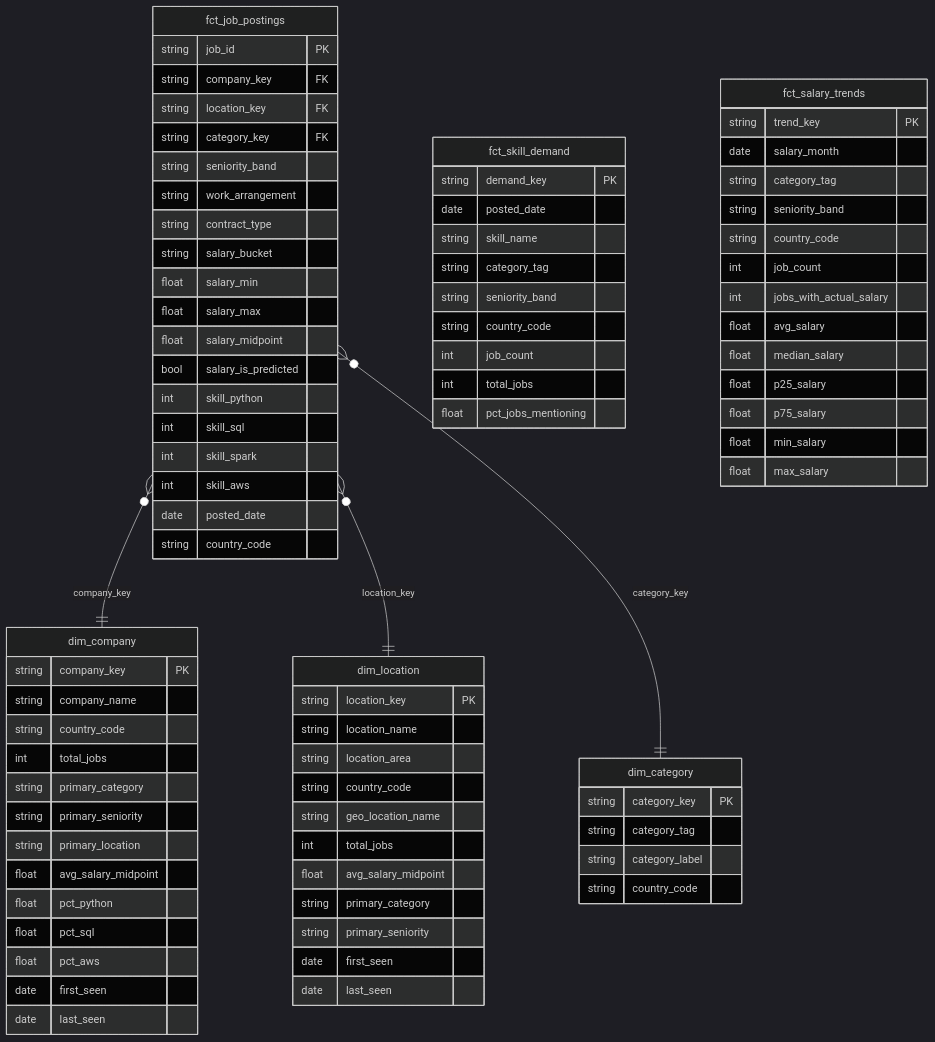
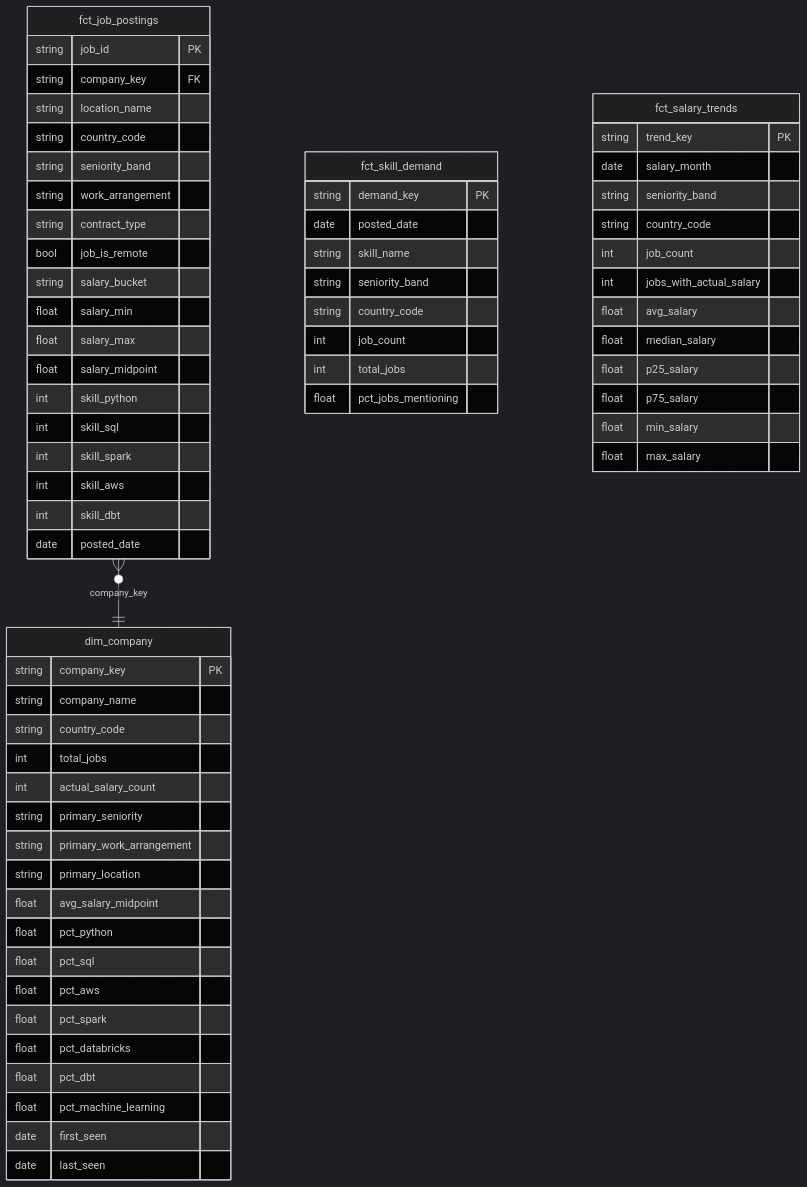
The diagram in README.md (nlubalo/job-market-analytics), drawn with Mermaid (dark theme) before and after one commit. The commit also changed other lines of this file and 6 other files, not shown here.

````diff
--- a/README.md
+++ b/README.md
@@ -29,64 +28,47 @@
         string company_name
         string country_code
         int    total_jobs
-        string primary_category
+        int    actual_salary_count
         string primary_seniority
+        string primary_work_arrangement
         string primary_location
         float  avg_salary_midpoint
         float  pct_python
         float  pct_sql
         float  pct_aws
+        float  pct_spark
+        float  pct_databricks
+        float  pct_dbt
+        float  pct_machine_learning
         date   first_seen
         date   last_seen
-    }
-
-    dim_location {
-        string location_key PK
-        string location_name
-        string location_area
-        string country_code
-        string geo_location_name
-        int    total_jobs
-        float  avg_salary_midpoint
-        string primary_category
-        string primary_seniority
-        date   first_seen
-        date   last_seen
-    }
-
-    dim_category {
-        string category_key PK
-        string category_tag
-        string category_label
-        string country_code
     }
 
     fct_job_postings {
         string job_id PK
         string company_key FK
-        string location_key FK
-        string category_key FK
+        string location_name
+        string country_code
         string seniority_band
         string work_arrangement
         string contract_type
+        bool   job_is_remote
         string salary_bucket
         float  salary_min
         float  salary_max
         float  salary_midpoint
-        bool   salary_is_predicted
         int    skill_python
         int    skill_sql
         int    skill_spark
         int    skill_aws
+        int    skill_dbt
         date   posted_date
-        string country_code
     }
 
     fct_skill_demand {
         string demand_key PK
         date   posted_date
         string skill_name
-        string category_tag
         string seniority_band
         string country_code
         int    job_count
@@ -97,7 +79,6 @@
     fct_salary_trends {
         string trend_key PK
         date   salary_month
-        string category_tag
         string seniority_band
         string country_code
         int    job_count
@@ -110,7 +91,5 @@
         float  max_salary
     }
 
-    fct_job_postings }o--|| dim_company  : "company_key"
-    fct_job_postings }o--|| dim_location : "location_key"
-    fct_job_postings }o--|| dim_category : "category_key"
+    fct_job_postings }o--|| dim_company : "company_key"
 ```
````
